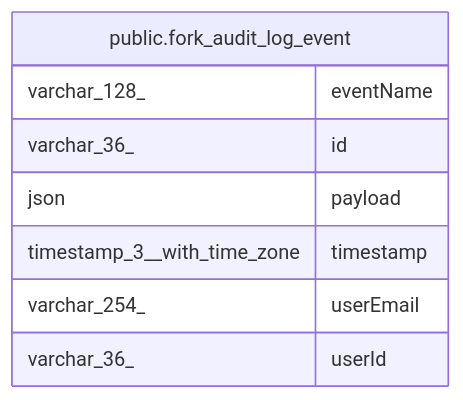
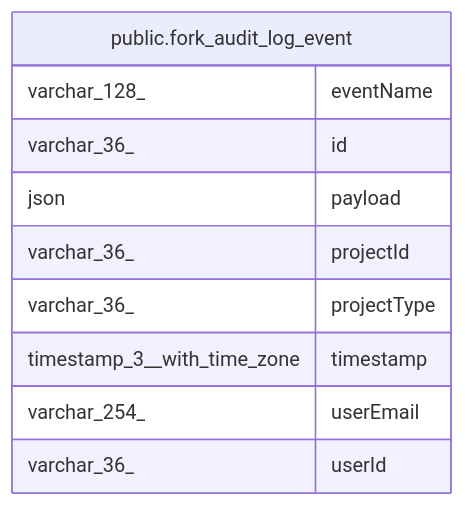
The diagram in docs/generated/postgres-schema/public.fork_audit_log_event.md (sreent/n8n), drawn with Mermaid before and after one commit. The commit also changed other lines of this file and 32 other files, not shown here.

````diff
--- a/docs/generated/postgres-schema/public.fork_audit_log_event.md
+++ b/docs/generated/postgres-schema/public.fork_audit_log_event.md
@@ -35,13 +39,15 @@
 ```mermaid
 erDiagram
 
 
 "public.fork_audit_log_event" {
   varchar_128_ eventName
   varchar_36_ id
   json payload
+  varchar_36_ projectId
+  varchar_36_ projectType
   timestamp_3__with_time_zone timestamp
   varchar_254_ userEmail
   varchar_36_ userId
 }
 ```
````
